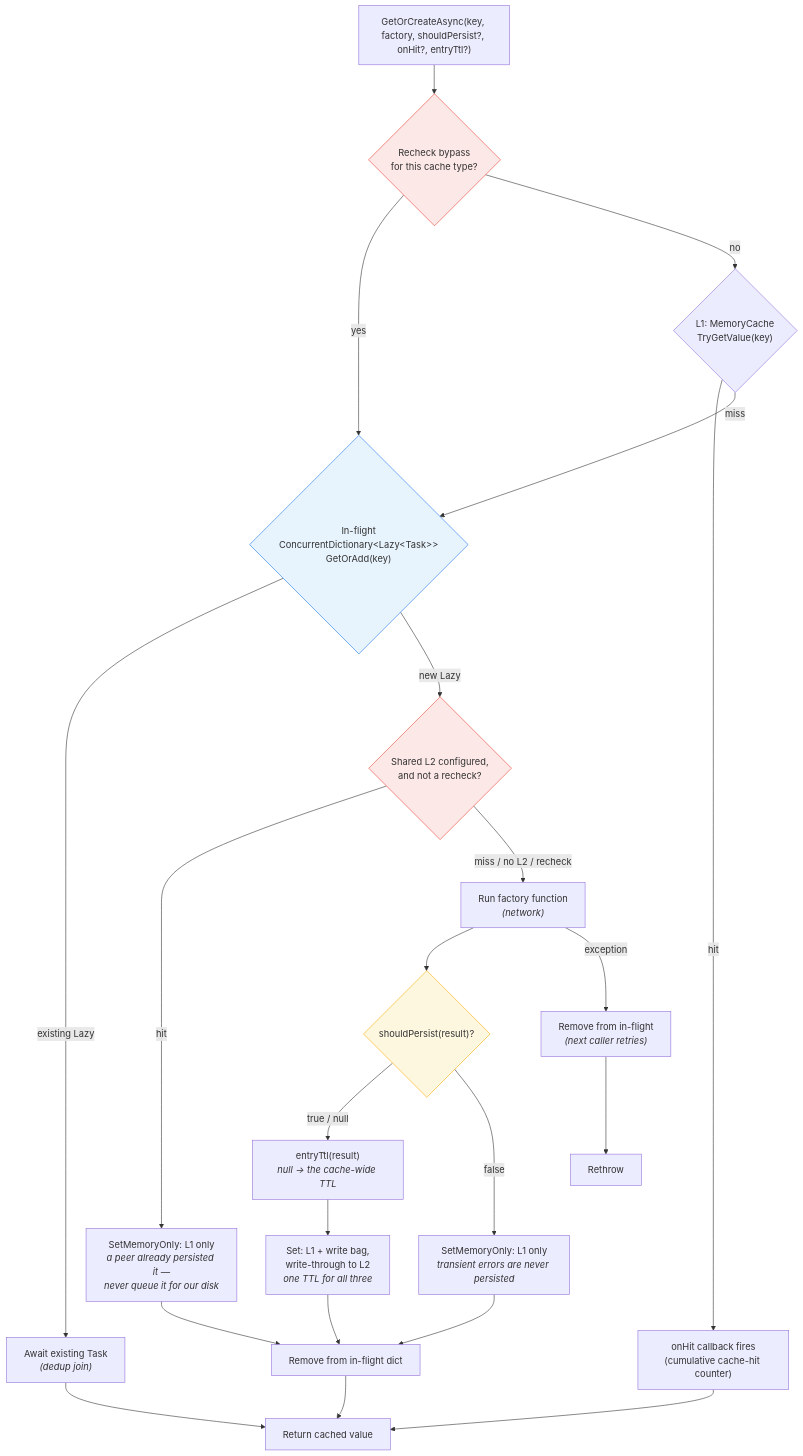
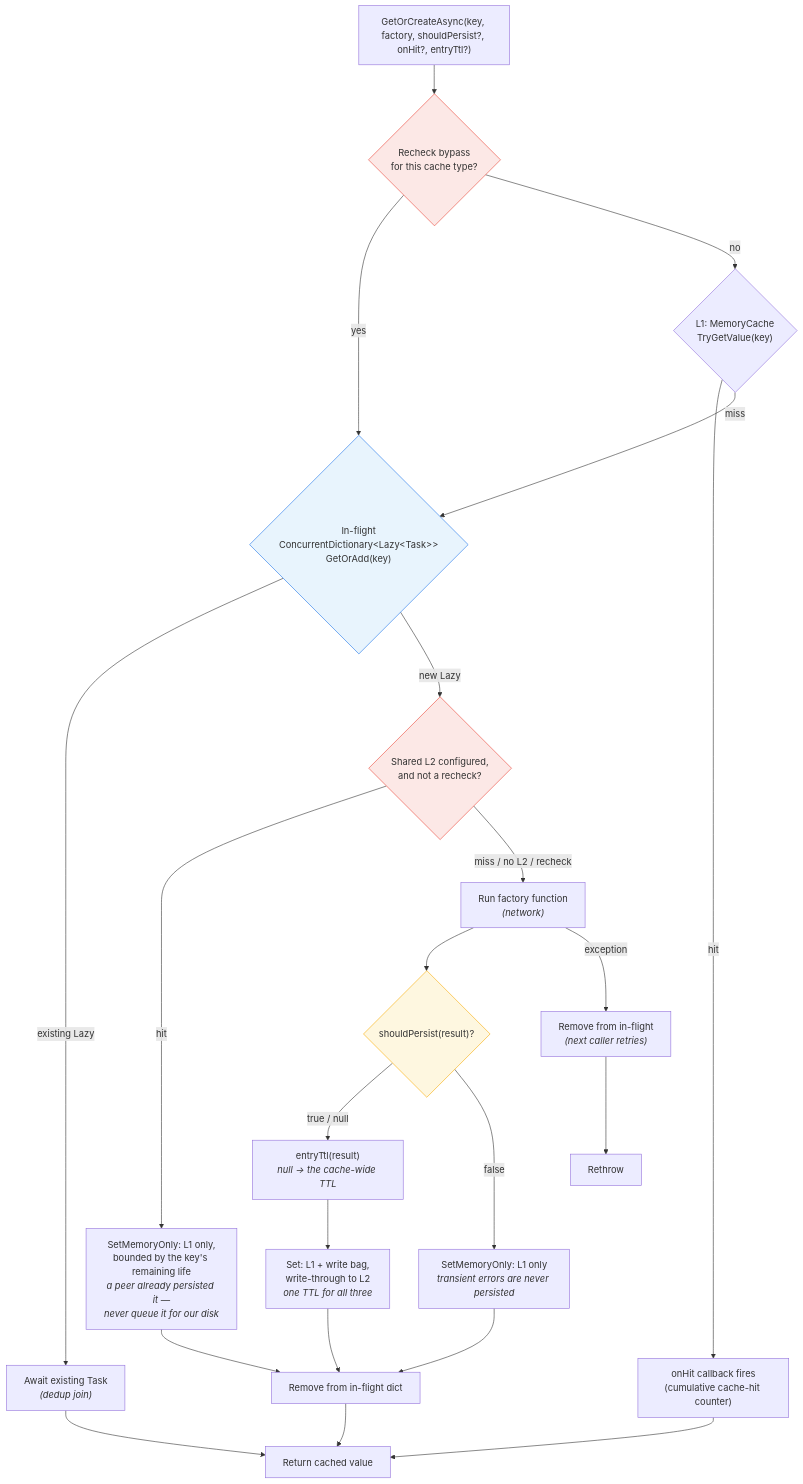
Before and after one commit to pkinerd/ednsv: the second of 3 diagrams in docs/caching-architecture.md, drawn with Mermaid. The commit also changed other lines of this file and 4 other files, not shown here.

````diff
--- a/docs/caching-architecture.md
+++ b/docs/caching-architecture.md
@@ -64,30 +64,30 @@
 ```mermaid
 flowchart TD
     REQ["GetOrCreateAsync(key, factory, shouldPersist?, onHit?, entryTtl?)"] --> RECHECK{"Recheck bypass<br/>for this cache type?"}
     RECHECK -->|yes| INFLIGHT
     RECHECK -->|no| MEMCACHE{"L1: MemoryCache<br/>TryGetValue(key)"}
     MEMCACHE -->|hit| HITCB["onHit callback fires<br/>(cumulative cache-hit counter)"]
     HITCB --> RETURN["Return cached value"]
     MEMCACHE -->|miss| INFLIGHT{"In-flight<br/>ConcurrentDictionary&lt;Lazy&lt;Task&gt;&gt;<br/>GetOrAdd(key)"}
     INFLIGHT -->|existing Lazy| AWAIT["Await existing Task<br/><i>(dedup join)</i>"]
     INFLIGHT -->|new Lazy| L2{"Shared L2 configured,<br/>and not a recheck?"}
-    L2 -->|hit| L2HIT["SetMemoryOnly: L1 only<br/><i>a peer already persisted it —<br/>never queue it for our disk</i>"]
+    L2 -->|hit| L2HIT["SetMemoryOnly: L1 only,<br/>bounded by the key's remaining life<br/><i>a peer already persisted it —<br/>never queue it for our disk</i>"]
     L2HIT --> CLEANUP
     L2 -->|"miss / no L2 / recheck"| FACTORY["Run factory function<br/><i>(network)</i>"]
     FACTORY --> PERSIST{"shouldPersist(result)?"}
     PERSIST -->|true / null| TTL["entryTtl(result)<br/><i>null → the cache-wide TTL</i>"]
     TTL --> SET["Set: L1 + write bag,<br/>write-through to L2<br/><i>one TTL for all three</i>"]
     PERSIST -->|false| MEMONLY["SetMemoryOnly: L1 only<br/><i>transient errors are never persisted</i>"]
     SET --> CLEANUP["Remove from in-flight dict"]
     MEMONLY --> CLEANUP
     CLEANUP --> RETURN
     AWAIT --> RETURN
 
     FACTORY -->|exception| REMOVE["Remove from in-flight<br/><i>(next caller retries)</i>"]
     REMOVE --> THROW["Rethrow"]
 
     style RECHECK fill:#fce8e6,stroke:#ea4335
     style INFLIGHT fill:#e8f4fd,stroke:#1a73e8
     style L2 fill:#fce8e6,stroke:#ea4335
     style PERSIST fill:#fef7e0,stroke:#f9ab00
 ```
````
